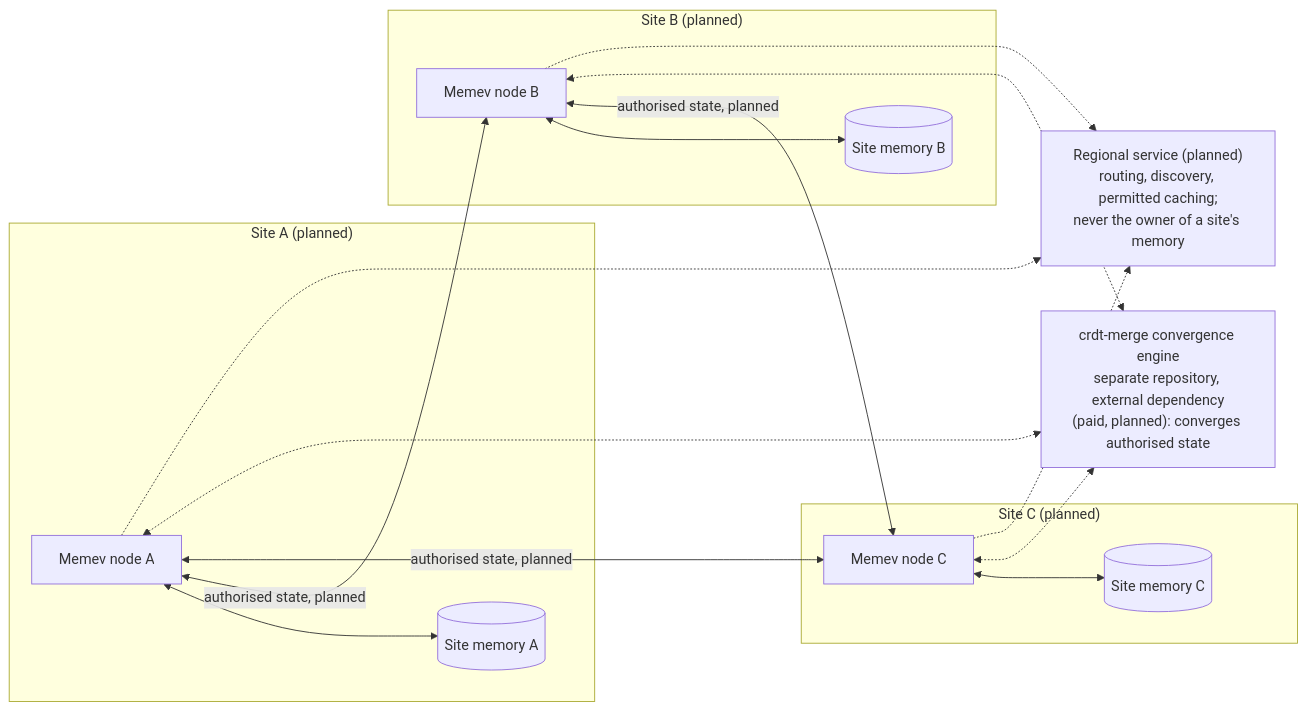
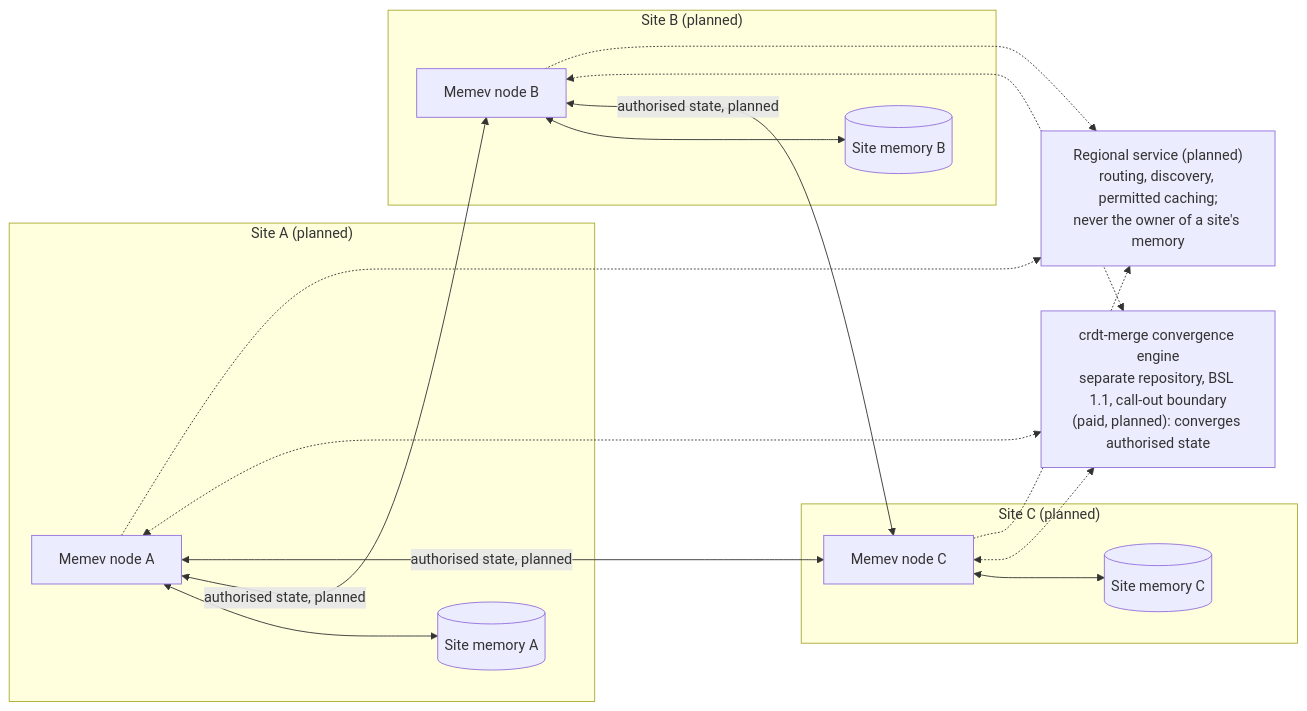
One commit to mgillr/memev changed the sixth of 6 diagrams in docs/ARCHITECTURE.md. Above: the diagram before and after it, drawn with Mermaid. The commit also changed 5 other files, not shown here.

````diff
--- a/docs/ARCHITECTURE.md
+++ b/docs/ARCHITECTURE.md
@@ -221,25 +221,25 @@
 ```mermaid
 flowchart LR
     subgraph siteA["Site A (planned)"]
         a["Memev node A"]
         am[("Site memory A")]
         a <--> am
     end
     subgraph siteB["Site B (planned)"]
         b["Memev node B"]
         bm[("Site memory B")]
         b <--> bm
     end
     subgraph siteC["Site C (planned)"]
         c["Memev node C"]
         cm[("Site memory C")]
         c <--> cm
     end
     a <-->|"authorised state, planned"| b
     b <-->|"authorised state, planned"| c
     a <-->|"authorised state, planned"| c
-    engine["crdt-merge convergence engine<br/>separate repository, external dependency<br/>(paid, planned): converges authorised state"]
+    engine["crdt-merge convergence engine<br/>separate repository, BSL 1.1, call-out boundary<br/>(paid, planned): converges authorised state"]
     regional["Regional service (planned)<br/>routing, discovery, permitted caching;<br/>never the owner of a site's memory"]
     a & b & c <-.-> engine
     a & b & c -.-> regional
 ```
````
